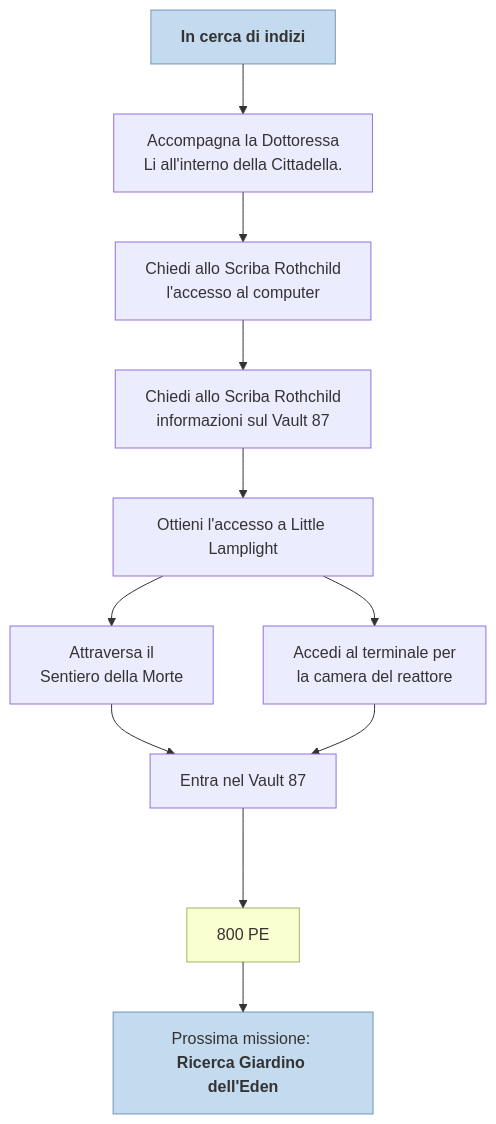
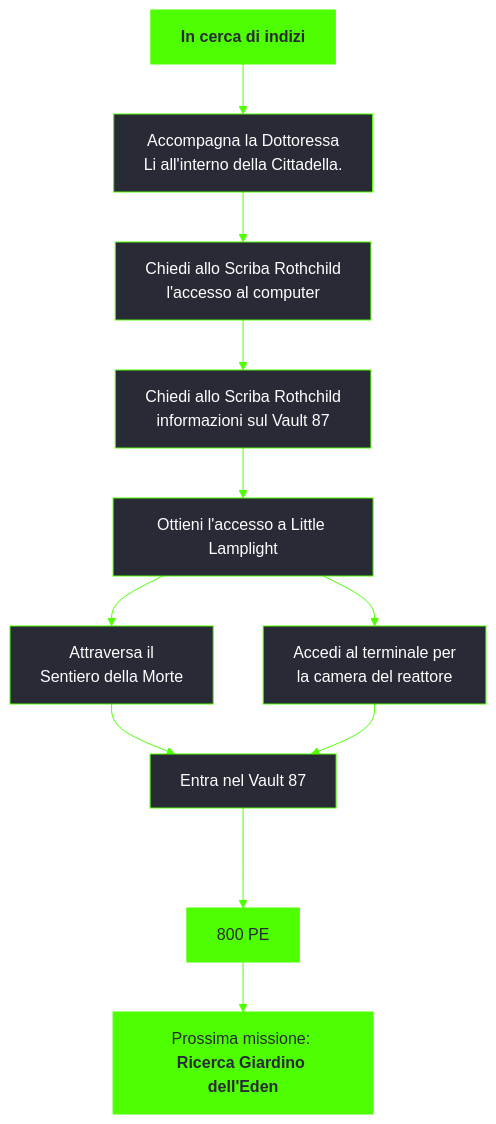
The diagram in content/docs/fallout 3/missioni/In cerca di indizi.md (persy/wastelander), drawn with Mermaid before and after one commit. The commit also changed other lines of this file and 279 other files, not shown here.

````diff
--- a/content/docs/fallout 3/missioni/In cerca di indizi.md
+++ b/content/docs/fallout 3/missioni/In cerca di indizi.md
@@ -22,20 +22,21 @@
 ```mermaid
+%%{init: {'theme': 'base', 'themeVariables': { 'primaryColor': '#282a36', 'primaryBorderColor': '#4eff01', 'primaryTextColor': '#fff', 'lineColor': '#4eff01', 'fontFamily': 'Jura'}}}%%
 graph TD;
     id1[<b>In cerca di indizi</b>]:::questfo3
     id2[Accompagna la Dottoressa <br />Li all'interno della Cittadella. ]
     id3[Chiedi allo Scriba Rothchild <br />l'accesso al computer]
     id4[Chiedi allo Scriba Rothchild <br />informazioni sul Vault 87]
     id5[Ottieni l'accesso a Little Lamplight]  
     id6[Attraversa il <br />Sentiero della Morte]
     id7[Accedi al terminale per <br />la camera del reattore]
     id8[Entra nel Vault 87]
     id9[800 PE]:::rewardfo3
     id10[Prossima missione: <b>Ricerca Giardino dell'Eden</b>]:::questfo3
     id1-->id2-->id3-->id4-->id5-->id6-->id8--->id9-->id10
     id5-->id7-->id8
     click id6 "../../luoghi/sentiero-della-morte"
     click id8 "../../luoghi/vault-87"
     click id10 "../ricerca-giardino-delleden"
-    classDef rewardfo3 fill:#f1ff8a66, stroke:#56700087;
-    classDef questfo3 fill:#5f9bd35e, stroke:#255b8d91;
+    classDef rewardfo3 fill:#4eff01, stroke:#4eff01, color:#282a36;
+    classDef questfo3 fill:#4eff01, stroke:#4eff01, color:#282a36;
 ```
````
